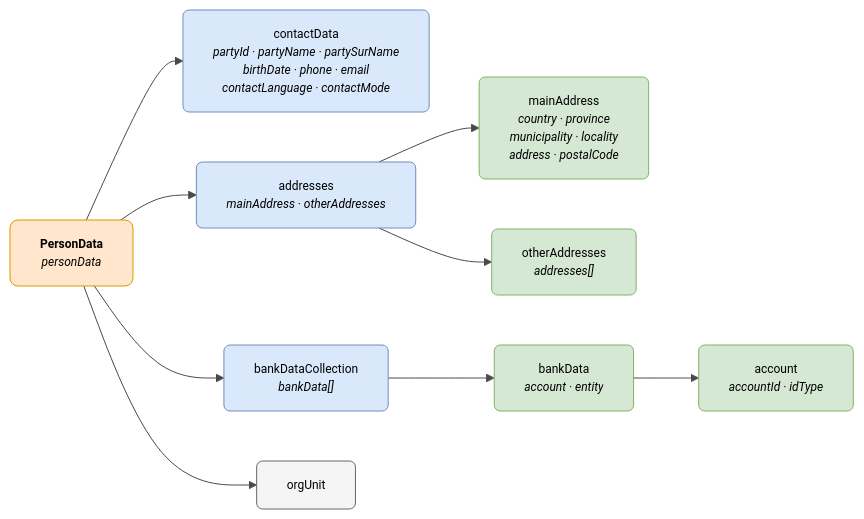
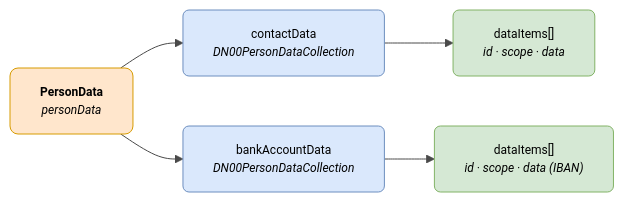
One commit to DENA-Euskadi/dena-euskadi.github.io changed the diagram in docs/semantica/data-retrieve/data/persona.md. Above: the diagram before and after it, drawn with Mermaid. The commit also changed other lines of this file and 75 other files, not shown here.

````diff
--- a/docs/semantica/data-retrieve/data/persona.md
+++ b/docs/semantica/data-retrieve/data/persona.md
@@ -17,37 +16,26 @@
 ```mermaid
 ---
 config:
   theme: base
   themeVariables:
     primaryColor: "#FFFFFF"
     primaryTextColor: "#000000"
     primaryBorderColor: "#CCCCCC"
     lineColor: "#4A4A4A"
     fontSize: "12px"
 ---
 flowchart LR
     PDATA["<b>PersonData</b><br/><i>personData</i>"]
 
-    PDATA --> CONTACT["contactData<br/><i>partyId · partyName · partySurName<br/>birthDate · phone · email<br/>contactLanguage · contactMode</i>"]
-    PDATA --> ADDR["addresses<br/><i>mainAddress · otherAddresses</i>"]
-    PDATA --> BANK["bankDataCollection<br/><i>bankData[]</i>"]
-    PDATA --> ORG["orgUnit"]
+    PDATA --> CONTACT["contactData<br/><i>DN00PersonDataCollection</i>"]
+    PDATA --> BANK["bankAccountData<br/><i>DN00PersonDataCollection</i>"]
 
-    ADDR --> MAIN["mainAddress<br/><i>country · province<br/>municipality · locality<br/>address · postalCode</i>"]
-    ADDR --> OTHER["otherAddresses<br/><i>addresses[]</i>"]
-
-    BANK --> BANKITEM["bankData<br/><i>account · entity</i>"]
-    BANKITEM --> ACCOUNT["account<br/><i>accountId · idType</i>"]
+    CONTACT --> CITEM["dataItems[]<br/><i>id · scope · data</i>"]
+    BANK --> BITEM["dataItems[]<br/><i>id · scope · data (IBAN)</i>"]
 
     style PDATA fill:#ffe6cc,stroke:#d79b00,color:#000000,rx:8,ry:8
     style CONTACT fill:#dae8fc,stroke:#6c8ebf,color:#000000,rx:6,ry:6
-    style ADDR fill:#dae8fc,stroke:#6c8ebf,color:#000000,rx:6,ry:6
     style BANK fill:#dae8fc,stroke:#6c8ebf,color:#000000,rx:6,ry:6
-    style ORG fill:#f5f5f5,stroke:#666666,color:#000000,rx:6,ry:6
-    style MAIN fill:#d5e8d4,stroke:#82b366,color:#000000,rx:6,ry:6
-    style OTHER fill:#d5e8d4,stroke:#82b366,color:#000000,rx:6,ry:6
-    style BANKITEM fill:#d5e8d4,stroke:#82b366,color:#000000,rx:6,ry:6
-    style ACCOUNT fill:#d5e8d4,stroke:#82b366,color:#000000,rx:6,ry:6
-
-    click ORG "../unidad-organica/" "Ver Unidad Orgánica"
+    style CITEM fill:#d5e8d4,stroke:#82b366,color:#000000,rx:6,ry:6
+    style BITEM fill:#d5e8d4,stroke:#82b366,color:#000000,rx:6,ry:6
 ```
````
